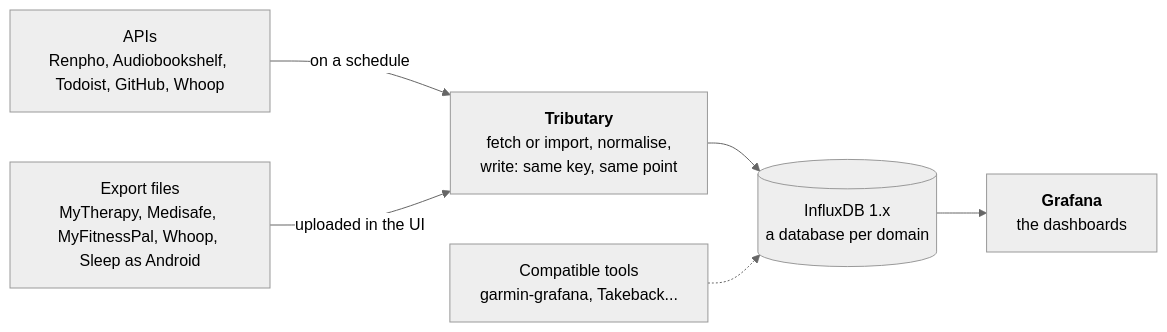
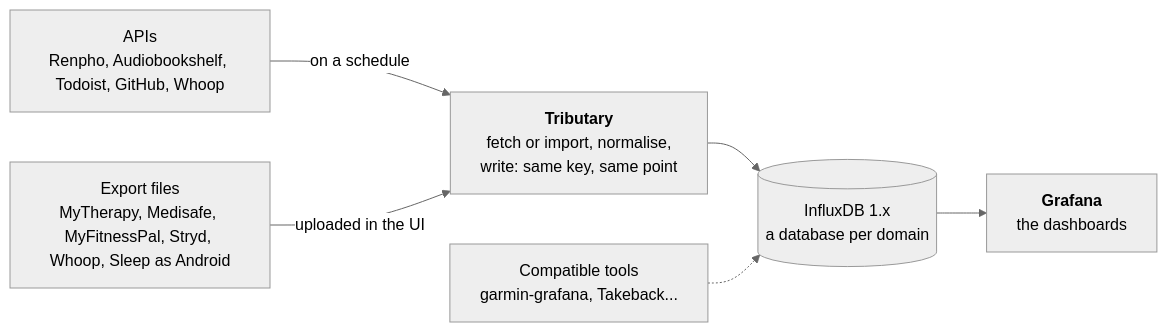
Before and after one commit to vchatela-org/tributary: the diagram in README.md, drawn with Mermaid (neutral theme). The commit also changed other lines of this file and 10 other files, not shown here.

````diff
--- a/README.md
+++ b/README.md
@@ -13,8 +13,8 @@
 ```mermaid
 flowchart LR
     api["APIs<br>Renpho, Audiobookshelf, Todoist, GitHub, Whoop"] -- on a schedule --> T
-    files["Export files<br>MyTherapy, Medisafe, MyFitnessPal, Whoop, Sleep as Android"] -- uploaded in the UI --> T
+    files["Export files<br>MyTherapy, Medisafe, MyFitnessPal, Stryd, Whoop, Sleep as Android"] -- uploaded in the UI --> T
     T["<b>Tributary</b><br>fetch or import, normalise,<br>write: same key, same point"] --> DB[("InfluxDB 1.x<br>a database per domain")]
     tools["Compatible tools<br>garmin-grafana, Takeback..."] -.-> DB
     DB --> G["<b>Grafana</b><br>the dashboards"]
 ```
````
